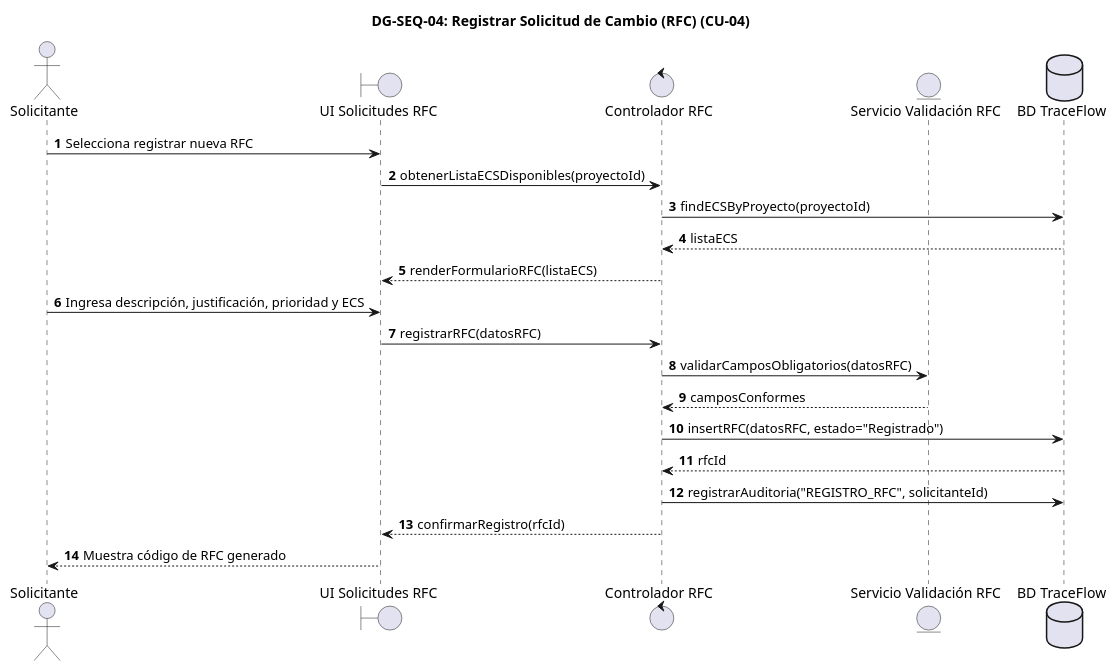
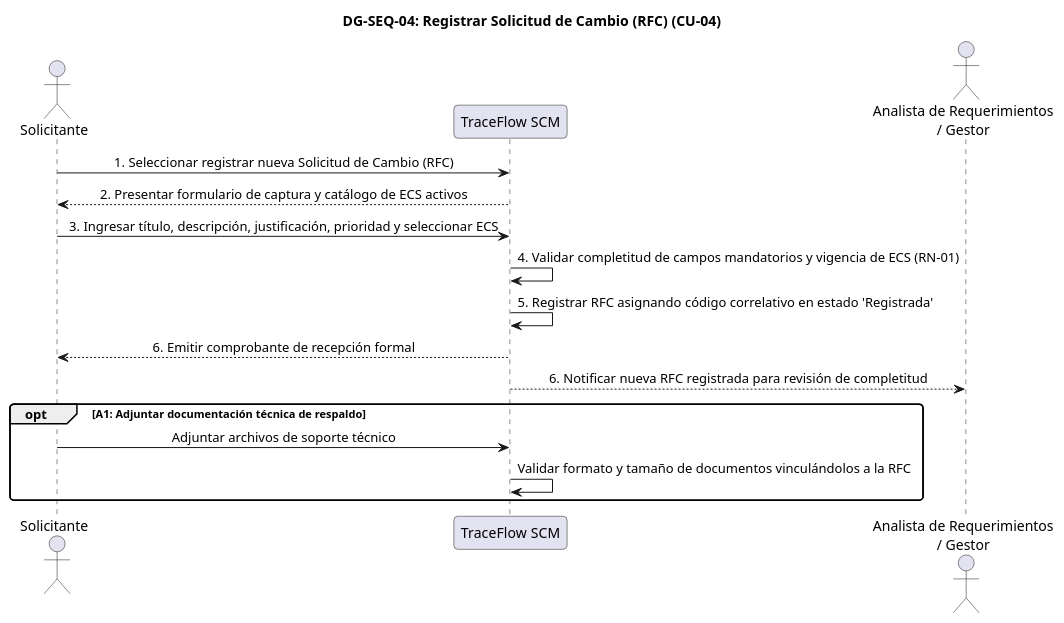
Diagram 16 of 44 in FD03-EPIS-Informe_SRS.md (JMedina255/TraceFlow), drawn with PlantUML before and after one commit. The commit also changed other lines of this file and 2 other files, not shown here.

First line of the commit message:
docs(diagrams): refactorizar diagramas de secuencia DG-SEQ-01 a DG-SEQ-30 a nivel de analisis 1:1

````diff
--- a/FD03-EPIS-Informe_SRS.md
+++ b/FD03-EPIS-Informe_SRS.md
@@ -4221,32 +4227,28 @@
 ```plantuml
-@startuml
+@startuml DG-SEQ-04
 skinparam shadowing false
 skinparam roundcorner 8
 skinparam defaultFontName Arial
-autonumber
+skinparam sequenceMessageAlign center
 
 title <b>DG-SEQ-04: Registrar Solicitud de Cambio (RFC) (CU-04)</b>
 
-actor "Solicitante" as ACT
-boundary "UI Solicitudes RFC" as UI
-control "Controlador RFC" as CTRL
-entity "Servicio Validación RFC" as SRV
-database "BD TraceFlow" as DB
+actor "Solicitante" as Solicitante
+participant "TraceFlow SCM" as Sistema
+actor "Analista de Requerimientos\n/ Gestor" as Analista
 
-ACT -> UI : Selecciona registrar nueva RFC
-UI -> CTRL : obtenerListaECSDisponibles(proyectoId)
-CTRL -> DB : findECSByProyecto(proyectoId)
-DB --> CTRL : listaECS
-CTRL --> UI : renderFormularioRFC(listaECS)
+Solicitante -> Sistema: 1. Seleccionar registrar nueva Solicitud de Cambio (RFC)
+Sistema --> Solicitante: 2. Presentar formulario de captura y catálogo de ECS activos
+Solicitante -> Sistema: 3. Ingresar título, descripción, justificación, prioridad y seleccionar ECS
+Sistema -> Sistema: 4. Validar completitud de campos mandatorios y vigencia de ECS (RN-01)
+Sistema -> Sistema: 5. Registrar RFC asignando código correlativo en estado 'Registrada'
+Sistema --> Solicitante: 6. Emitir comprobante de recepción formal
+Sistema --> Analista: 6. Notificar nueva RFC registrada para revisión de completitud
 
-ACT -> UI : Ingresa descripción, justificación, prioridad y ECS
-UI -> CTRL : registrarRFC(datosRFC)
-CTRL -> SRV : validarCamposObligatorios(datosRFC)
-SRV --> CTRL : camposConformes
-CTRL -> DB : insertRFC(datosRFC, estado="Registrado")
-DB --> CTRL : rfcId
-CTRL -> DB : registrarAuditoria("REGISTRO_RFC", solicitanteId)
-CTRL --> UI : confirmarRegistro(rfcId)
-UI --> ACT : Muestra código de RFC generado
+opt A1: Adjuntar documentación técnica de respaldo
+  Solicitante -> Sistema: Adjuntar archivos de soporte técnico
+  Sistema -> Sistema: Validar formato y tamaño de documentos vinculándolos a la RFC
+end
+
 @enduml
 ```
````
